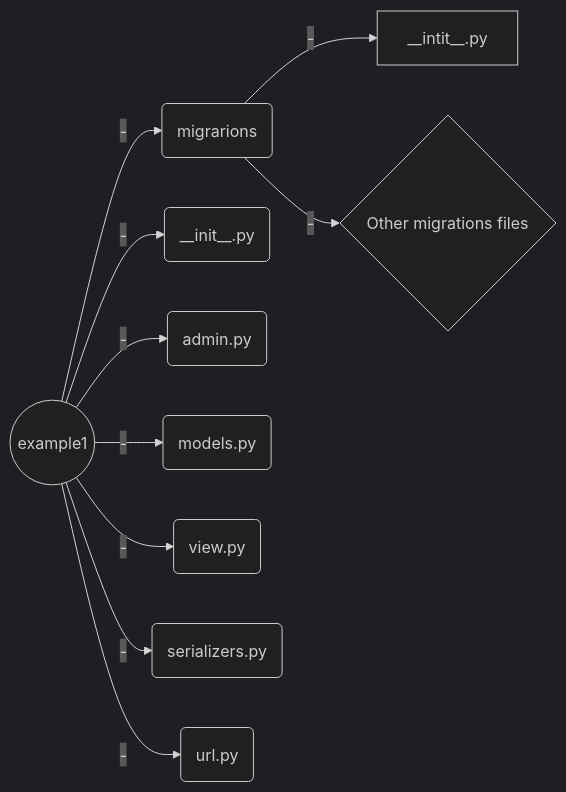
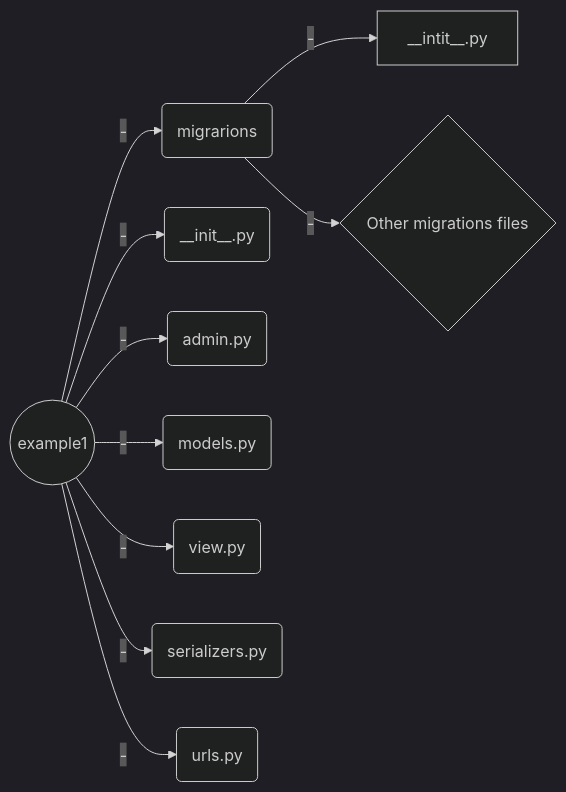
Before and after one commit to LooDaHu/ARORA_General_-Introduction: the first of 3 diagrams in Welcome file.md, drawn with Mermaid (dark theme). The commit also changed other lines of this file, not shown here.

````diff
--- a/Welcome file.md
+++ b/Welcome file.md
@@ -43,14 +43,14 @@
 ```mermaid
 graph LR
 A((example1)) -- - --> B(migrarions) 
 B(migrarions) -- - --> C[__intit__.py]
 B(migrarions) -- - --> D{Other migrations files}
 A((example1)) -- - --> E(__init__.py) 
 A((example1)) -- - --> F(admin.py) 
 A((example1)) -- - --> G(models.py) 
 A((example1)) -- - --> H(view.py)
 A((example1)) -- - --> I(serializers.py)
-A((example1)) -- - --> J(url.py)
+A((example1)) -- - --> J(urls.py)
  
 
 ```
````
